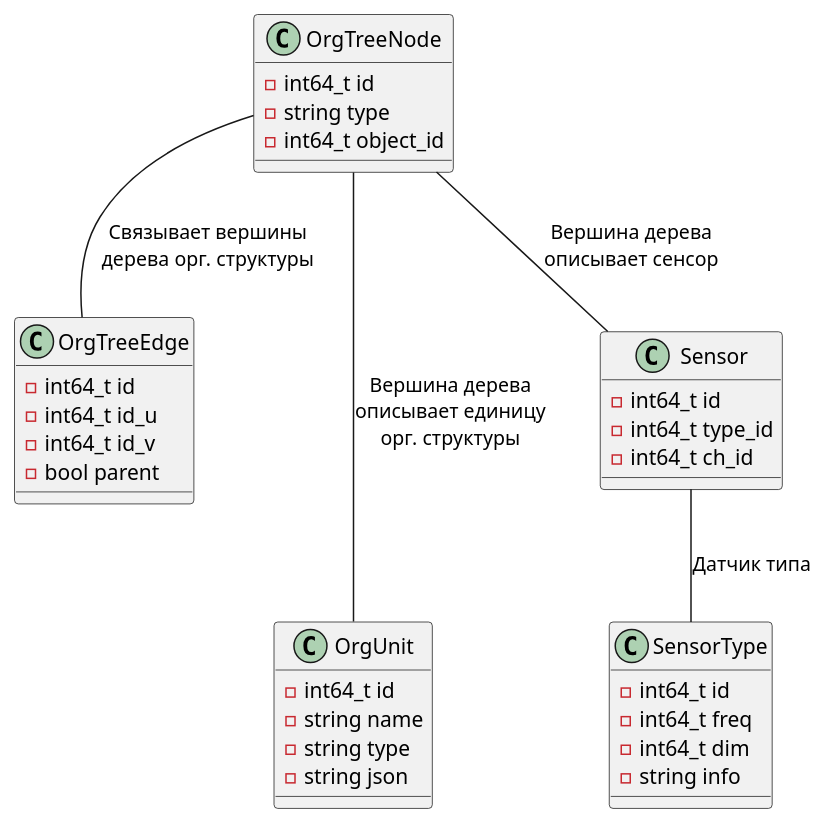
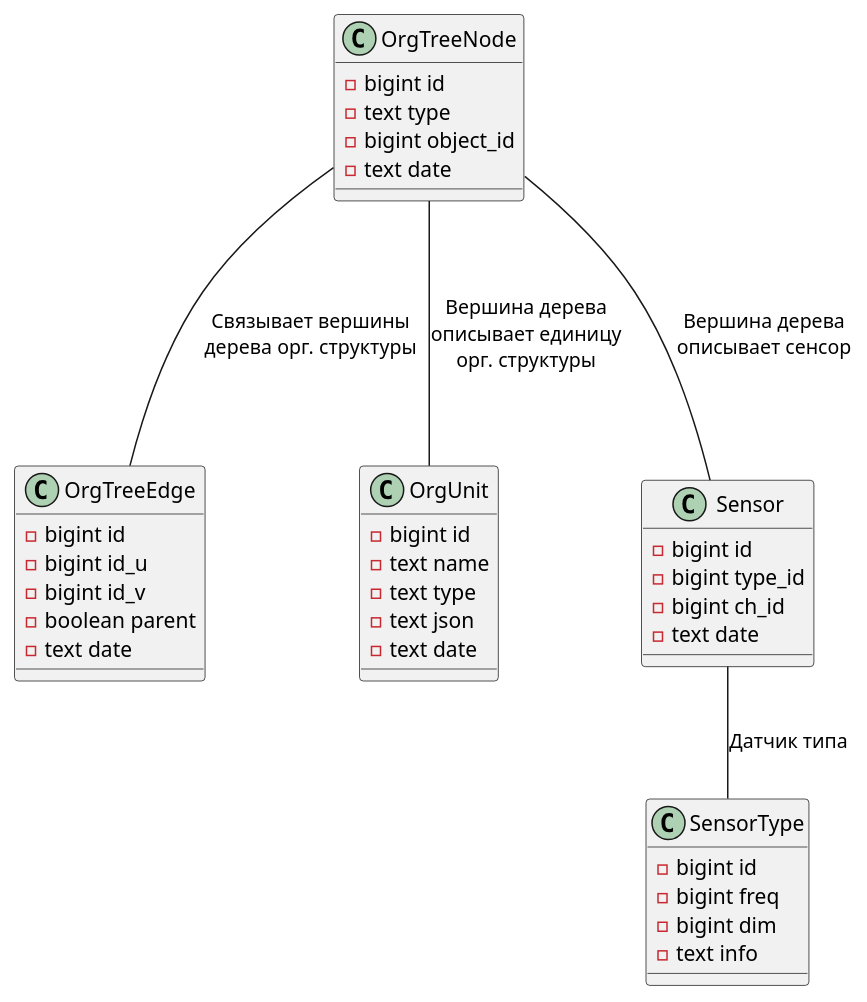
One commit to EngineerXL/diploma changed the diagram in datamodel.md. Above: the diagram before and after it, drawn with PlantUML. The commit also changed 4 other files, not shown here.

````diff
--- a/datamodel.md
+++ b/datamodel.md
@@ -5,44 +5,48 @@
 ```plantuml
 @startuml
 class OrgTreeEdge {
-  -int64_t id
-  -int64_t id_u
-  -int64_t id_v
-  -bool parent
+  -bigint id
+  -bigint id_u
+  -bigint id_v
+  -boolean parent
+  -text date
 }
 
 class OrgTreeNode {
-  -int64_t id
-  -string type
-  -int64_t object_id
+  -bigint id
+  -text type
+  -bigint object_id
+  -text date
 }
 
 class OrgUnit {
-  -int64_t id
-  -string name   
-  -string type
-  -string json
+  -bigint id
+  -text name   
+  -text type
+  -text json
+  -text date
 }
 
 class Sensor{
- -int64_t id
- -int64_t type_id
- -int64_t ch_id
+ -bigint id
+ -bigint type_id
+ -bigint ch_id
+ -text date
 }
 
 class SensorType{
-  -int64_t id
-  -int64_t freq
-  -int64_t dim
-  -string info
+  -bigint id
+  -bigint freq
+  -bigint dim
+  -text info
 }
 
-OrgTreeNode -- OrgTreeEdge: "Связывает вершины\nдерева орг. структуры"
+OrgTreeNode --- OrgTreeEdge: "Связывает вершины\nдерева орг. структуры"
 
 OrgTreeNode --- OrgUnit: "Вершина дерева\nописывает единицу\nорг. структуры"
 
-OrgTreeNode -- Sensor: "Вершина дерева\nописывает сенсор"
+OrgTreeNode --- Sensor: "Вершина дерева\nописывает сенсор"
 
 Sensor -- SensorType: "Датчик типа"
 @enduml
 ```
````
